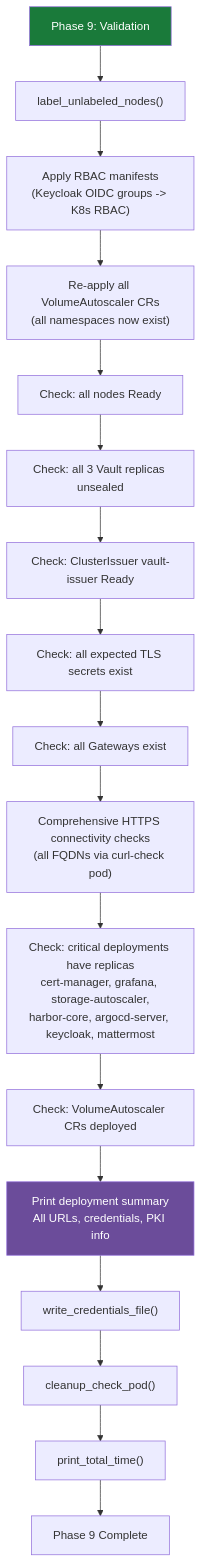
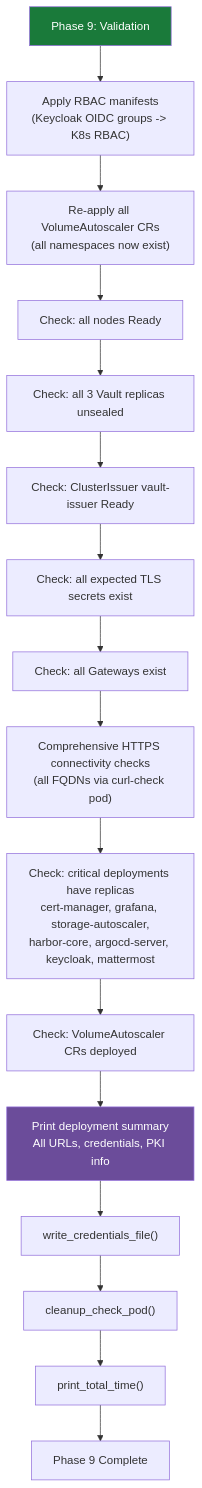
Diagram 12 of 22 in docs/engineering/deployment-automation.md (derhornspieler/harvester-rke2-platform), drawn with Mermaid before and after one commit. The commit also changed other lines of this file and 50 other files, not shown here.

````diff
--- a/docs/engineering/deployment-automation.md
+++ b/docs/engineering/deployment-automation.md
@@ -677,25 +715,24 @@
 ```mermaid
 flowchart TD
-    START["Phase 9: Validation"] --> LABELS["label_unlabeled_nodes()"]
-    LABELS --> RBAC["Apply RBAC manifests<br/>(Keycloak OIDC groups -> K8s RBAC)"]
+    START["Phase 9: Validation"] --> RBAC["Apply RBAC manifests<br/>(Keycloak OIDC groups -> K8s RBAC)"]
     RBAC --> VA["Re-apply all VolumeAutoscaler CRs<br/>(all namespaces now exist)"]
 
     VA --> NODES["Check: all nodes Ready"]
     NODES --> VAULT["Check: all 3 Vault replicas unsealed"]
     VAULT --> ISSUER["Check: ClusterIssuer vault-issuer Ready"]
     ISSUER --> TLS["Check: all expected TLS secrets exist"]
     TLS --> GW["Check: all Gateways exist"]
     GW --> HTTPS["Comprehensive HTTPS connectivity checks<br/>(all FQDNs via curl-check pod)"]
     HTTPS --> PODS["Check: critical deployments have replicas<br/>cert-manager, grafana, storage-autoscaler,<br/>harbor-core, argocd-server, keycloak, mattermost"]
     PODS --> VACHECK["Check: VolumeAutoscaler CRs deployed"]
 
     VACHECK --> SUMMARY["Print deployment summary<br/>All URLs, credentials, PKI info"]
     SUMMARY --> CREDS["write_credentials_file()"]
     CREDS --> CLEANUP["cleanup_check_pod()"]
     CLEANUP --> TIME["print_total_time()"]
 
     TIME --> DONE["Phase 9 Complete"]
 
     style START fill:#1a7a3a,color:#fff
     style SUMMARY fill:#6b4c9a,color:#fff
 ```
````
